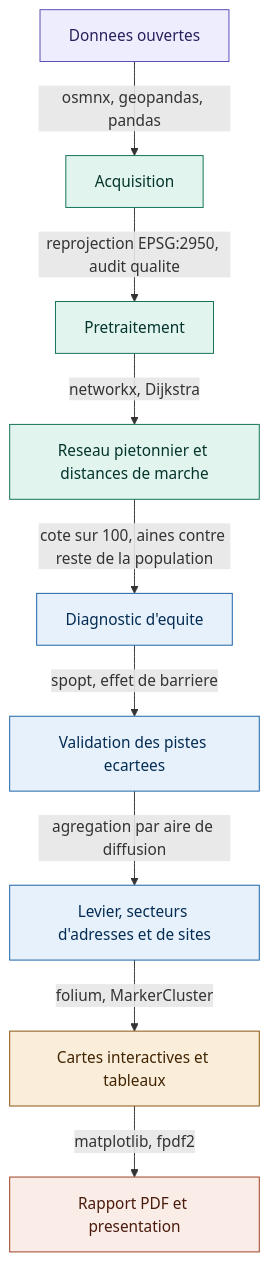
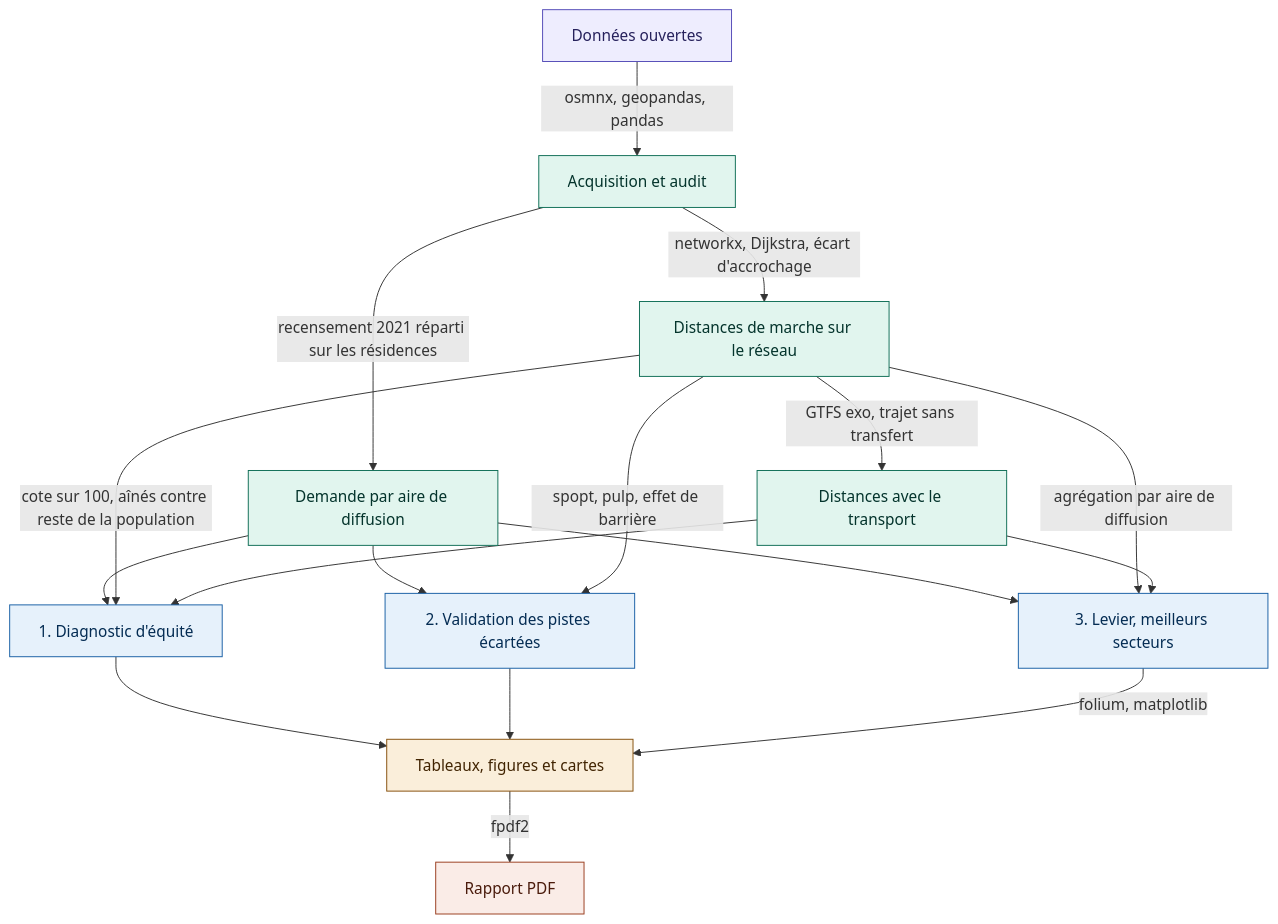
The diagram in README.md (girm8601/GMQ580_PS_MGiraldeau), drawn with Mermaid before and after one commit. The commit also changed other lines of this file and 5 other files, not shown here.

````diff
--- a/README.md
+++ b/README.md
@@ -77,21 +81,34 @@
 ```mermaid
 flowchart TD
-    A[Donnees ouvertes] -->|osmnx, geopandas, pandas| B[Acquisition]
-    B -->|reprojection EPSG:2950, audit qualite| C[Pretraitement]
-    C -->|networkx, Dijkstra| D[Reseau pietonnier et distances de marche]
-    D -->|cote sur 100, aines contre reste de la population| E[Diagnostic d'equite]
-    E -->|spopt, effet de barriere| F[Validation des pistes ecartees]
-    F -->|agregation par aire de diffusion| G[Levier, secteurs d'adresses et de sites]
-    G -->|folium, MarkerCluster| H[Cartes interactives et tableaux]
-    H -->|matplotlib, fpdf2| I[Rapport PDF et presentation]
+    A[Données ouvertes] -->|osmnx, geopandas, pandas| B[Acquisition et audit]
+    B -->|recensement 2021 réparti sur les résidences| C[Demande par aire de diffusion]
+    B -->|networkx, Dijkstra, écart d'accrochage| D[Distances de marche sur le réseau]
+    D -->|GTFS exo, trajet sans transfert| E[Distances avec le transport]
+
+    C --> F[1. Diagnostic d'équité]
+    D -->|cote sur 100, aînés contre reste de la population| F
+    E --> F
+
+    C --> G[2. Validation des pistes écartées]
+    D -->|spopt, pulp, effet de barrière| G
+
+    C --> H[3. Levier, meilleurs secteurs]
+    D -->|agrégation par aire de diffusion| H
+    E --> H
+
+    F --> I[Tableaux, figures et cartes]
+    G --> I
+    H -->|folium, matplotlib| I
+    I -->|fpdf2| J[Rapport PDF]
 
     style A fill:#EEEDFE,stroke:#534AB7,color:#26215C
     style B fill:#E1F5EE,stroke:#0F6E56,color:#04342C
     style C fill:#E1F5EE,stroke:#0F6E56,color:#04342C
     style D fill:#E1F5EE,stroke:#0F6E56,color:#04342C
-    style E fill:#E6F1FB,stroke:#185FA5,color:#042C53
+    style E fill:#E1F5EE,stroke:#0F6E56,color:#04342C
     style F fill:#E6F1FB,stroke:#185FA5,color:#042C53
     style G fill:#E6F1FB,stroke:#185FA5,color:#042C53
-    style H fill:#FAEEDA,stroke:#854F0B,color:#412402
-    style I fill:#FAECE7,stroke:#993C1D,color:#4A1B0C
+    style H fill:#E6F1FB,stroke:#185FA5,color:#042C53
+    style I fill:#FAEEDA,stroke:#854F0B,color:#412402
+    style J fill:#FAECE7,stroke:#993C1D,color:#4A1B0C
 ```
````
